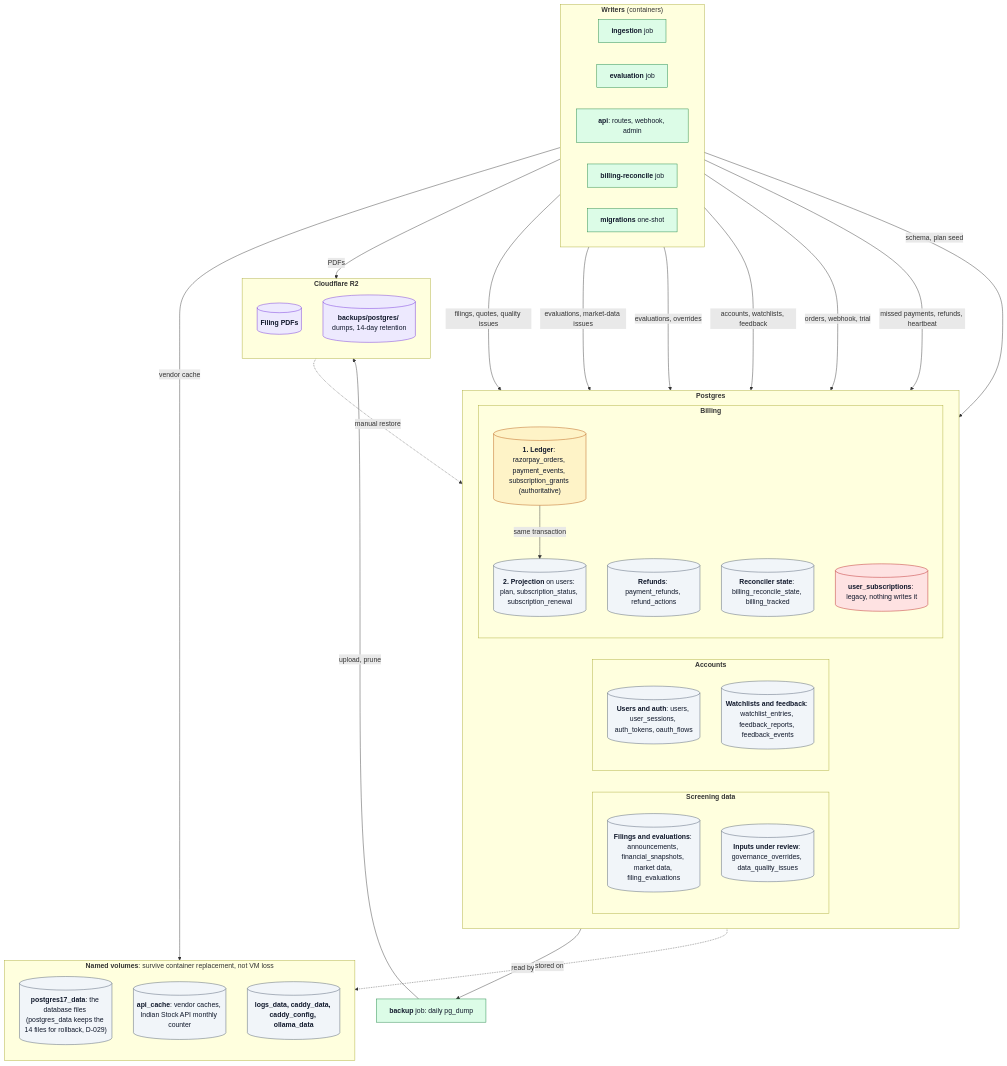
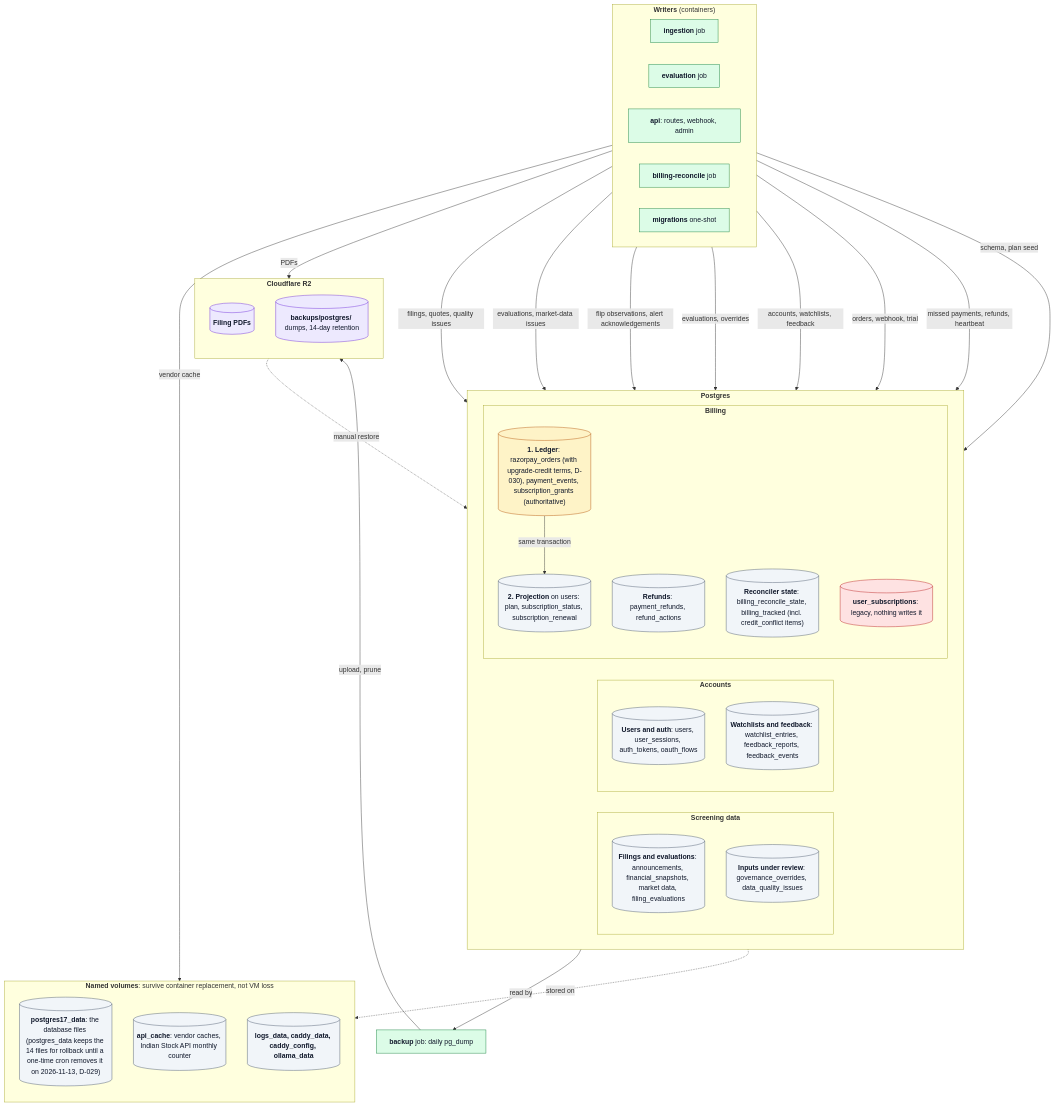
Before and after one commit to hamza-aziz-ai/HalalLens: the third of 3 diagrams in docs/ARCHITECTURE.md, drawn with Mermaid. The commit also changed other lines of this file and 25 other files, not shown here.

````diff
--- a/docs/ARCHITECTURE.md
+++ b/docs/ARCHITECTURE.md
@@ -273,74 +274,75 @@
 ```mermaid
 flowchart TB
   subgraph W["`**Writers** (containers)`"]
     direction LR
     ING["`**ingestion** job`"]
     EVAL["`**evaluation** job`"]
     API["`**api**: routes, webhook, admin`"]
     REC["`**billing-reconcile** job`"]
     MIG["`**migrations** one-shot`"]
   end
 
   subgraph PG["`**Postgres**`"]
     direction LR
     subgraph SCR["`**Screening data**`"]
       direction TB
       FIL[("`**Filings and evaluations**: announcements, financial_snapshots, market data, filing_evaluations`")]
       GOV[("`**Inputs under review**: governance_overrides, data_quality_issues`")]
     end
     subgraph ACC["`**Accounts**`"]
       direction TB
       AUTH[("`**Users and auth**: users, user_sessions, auth_tokens, oauth_flows`")]
       UC[("`**Watchlists and feedback**: watchlist_entries, feedback_reports, feedback_events`")]
     end
     subgraph BILL["`**Billing**`"]
       direction TB
-      LED[("`**1. Ledger**: razorpay_orders, payment_events, subscription_grants (authoritative)`")]
+      LED[("`**1. Ledger**: razorpay_orders (with upgrade-credit terms, D-030), payment_events, subscription_grants (authoritative)`")]
       PROJ[("`**2. Projection** on users: plan, subscription_status, subscription_renewal`")]
       RF[("`**Refunds**: payment_refunds, refund_actions`")]
-      RS[("`**Reconciler state**: billing_reconcile_state, billing_tracked`")]
+      RS[("`**Reconciler state**: billing_reconcile_state, billing_tracked (incl. credit_conflict items)`")]
       LEG[("`**user_subscriptions**: legacy, nothing writes it`")]
       LED -->|"`same transaction`"| PROJ
     end
   end
 
   BKP["`**backup** job: daily pg_dump`"]
 
   subgraph R2["`**Cloudflare R2**`"]
     direction TB
     PDF[("`**Filing PDFs**`")]
     BK[("`**backups/postgres/** dumps, 14-day retention`")]
   end
 
   subgraph VOL["`**Named volumes**: survive container replacement, not VM loss`"]
     direction TB
-    PGV[("`**postgres17_data**: the database files (postgres_data keeps the 14 files for rollback, D-029)`")]
+    PGV[("`**postgres17_data**: the database files (postgres_data keeps the 14 files for rollback until a one-time cron removes it on 2026-11-13, D-029)`")]
     CACHE[("`**api_cache**: vendor caches, Indian Stock API monthly counter`")]
     OTH[("`**logs_data, caddy_data, caddy_config, ollama_data**`")]
   end
 
   ING -->|"`filings, quotes, quality issues`"| SCR
   EVAL -->|"`evaluations, market-data issues`"| SCR
+  EVAL -->|"`flip observations, alert acknowledgements`"| ACC
   API -->|"`evaluations, overrides`"| SCR
   API -->|"`accounts, watchlists, feedback`"| ACC
   API -->|"`orders, webhook, trial`"| BILL
   REC -->|"`missed payments, refunds, heartbeat`"| BILL
   MIG -->|"`schema, plan seed`"| PG
   ING -->|"`PDFs`"| PDF
   API -->|"`vendor cache`"| CACHE
   PG -->|"`read by`"| BKP
   BKP -->|"`upload, prune`"| BK
   PG -.->|"`stored on`"| PGV
   BK -.->|"`manual restore`"| PG
 
   classDef app fill:#dcfce7,stroke:#15803d,color:#0f172a
   classDef store fill:#f1f5f9,stroke:#475569,color:#0f172a
   classDef ledger fill:#fef3c7,stroke:#b45309,color:#0f172a
   classDef ext fill:#ede9fe,stroke:#6d28d9,color:#0f172a
   classDef legacy fill:#fee2e2,stroke:#b91c1c,color:#0f172a
   class API,ING,EVAL,REC,MIG,BKP app
   class FIL,GOV,AUTH,UC,PROJ,RF,RS,PGV,CACHE,OTH store
   class LED ledger
   class PDF,BK ext
   class LEG legacy
 ```
````
